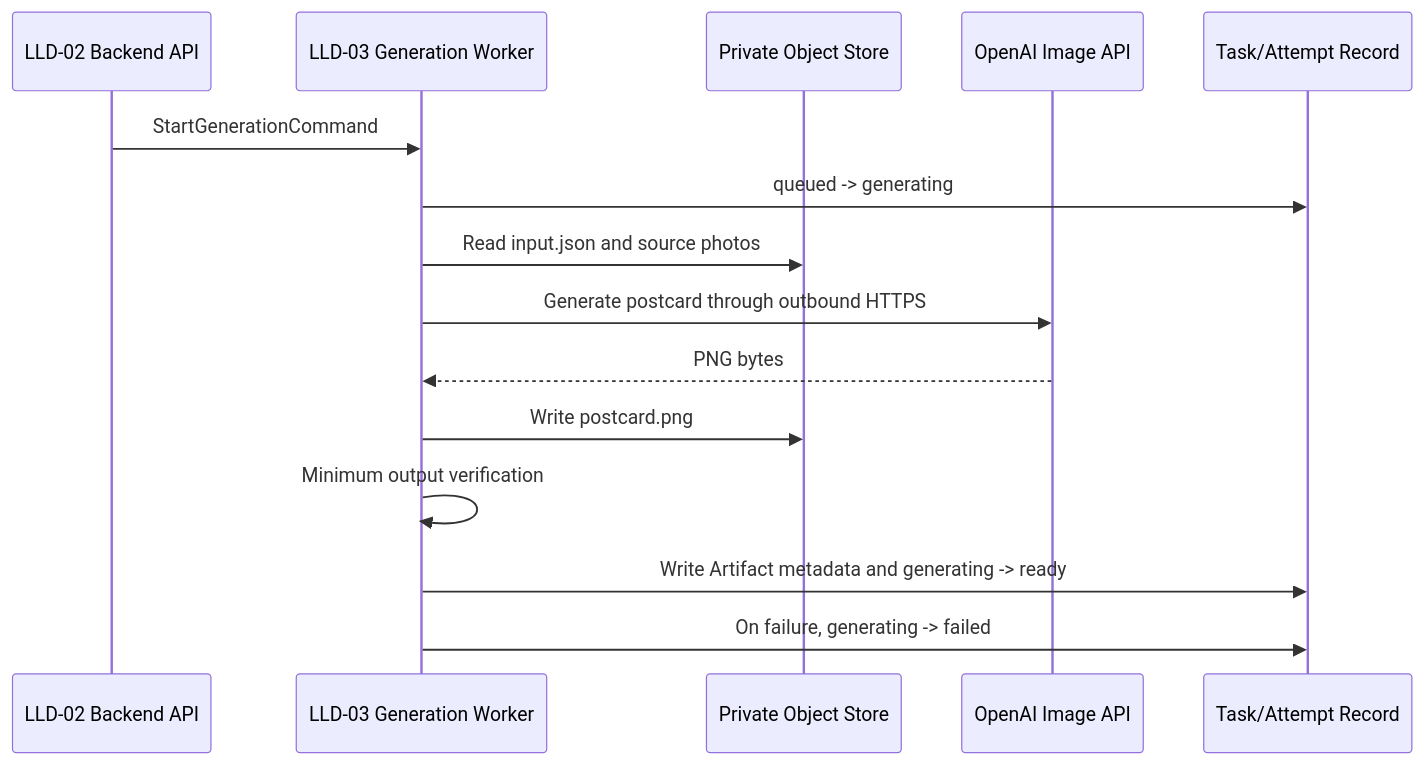
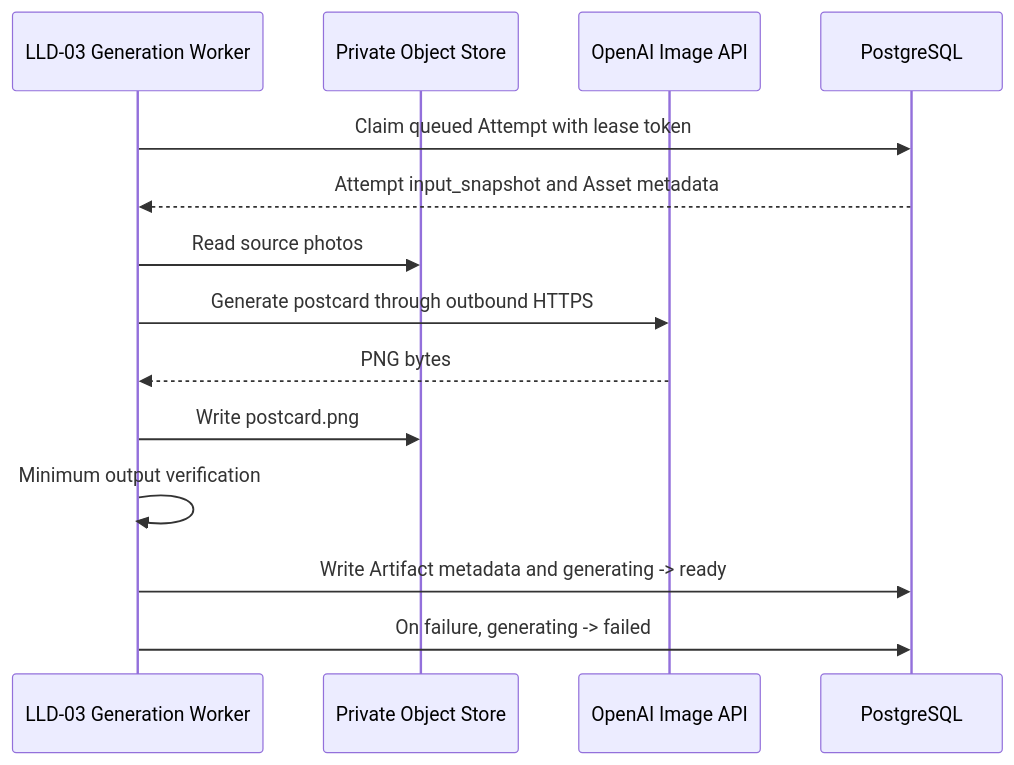
Before and after one commit to tongking6/ai-artist: the diagram in docs/ai-artist/lld/milestone-1-lld-03-generation-worker.md, drawn with Mermaid. The commit also changed other lines of this file and 8 other files, not shown here.

````diff
--- a/docs/ai-artist/lld/milestone-1-lld-03-generation-worker.md
+++ b/docs/ai-artist/lld/milestone-1-lld-03-generation-worker.md
@@ -97,18 +90,17 @@
 ```mermaid
 sequenceDiagram
-  participant API as LLD-02 Backend API
   participant W as LLD-03 Generation Worker
   participant OS as Private Object Store
   participant P as OpenAI Image API
-  participant DB as Task/Attempt Record
+  participant DB as PostgreSQL
 
-  API->>W: StartGenerationCommand
-  W->>DB: queued -> generating
-  W->>OS: Read input.json and source photos
+  W->>DB: Claim queued Attempt with lease token
+  DB-->>W: Attempt input_snapshot and Asset metadata
+  W->>OS: Read source photos
   W->>P: Generate postcard through outbound HTTPS
   P-->>W: PNG bytes
   W->>OS: Write postcard.png
   W->>W: Minimum output verification
   W->>DB: Write Artifact metadata and generating -> ready
   W->>DB: On failure, generating -> failed
 ```
````
